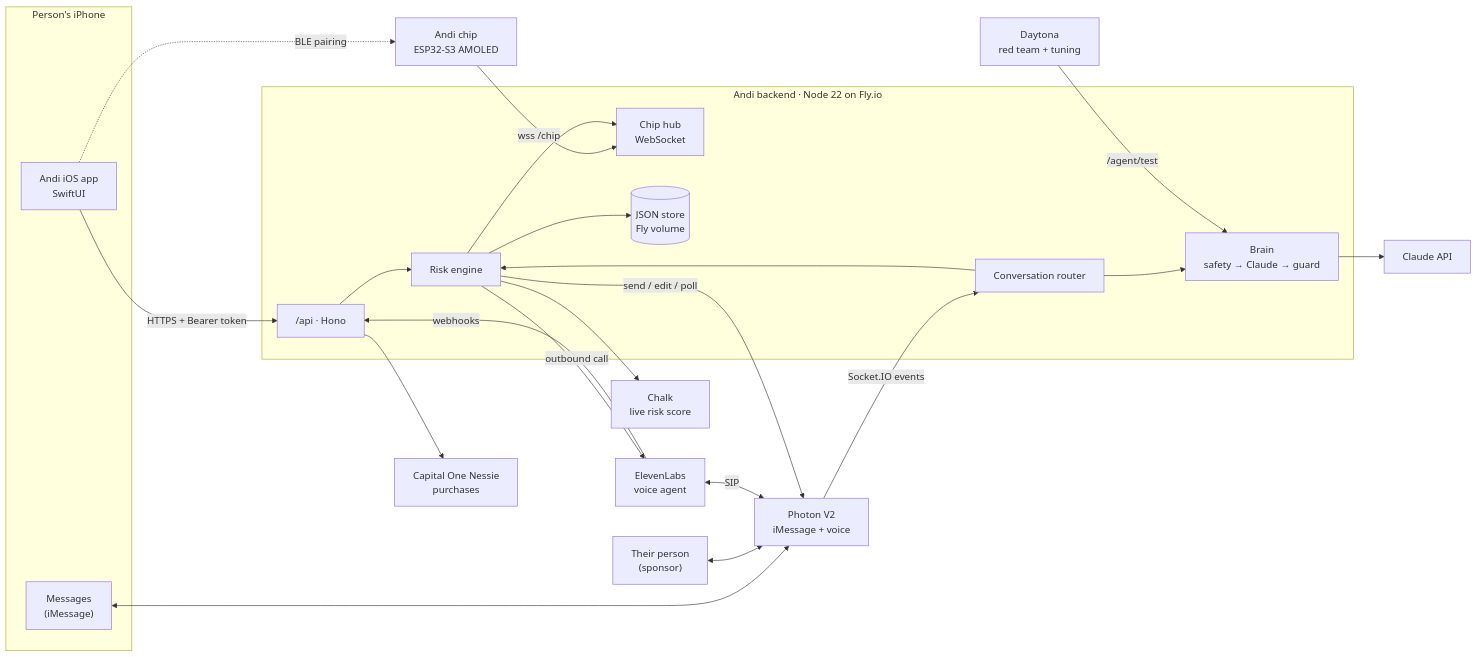
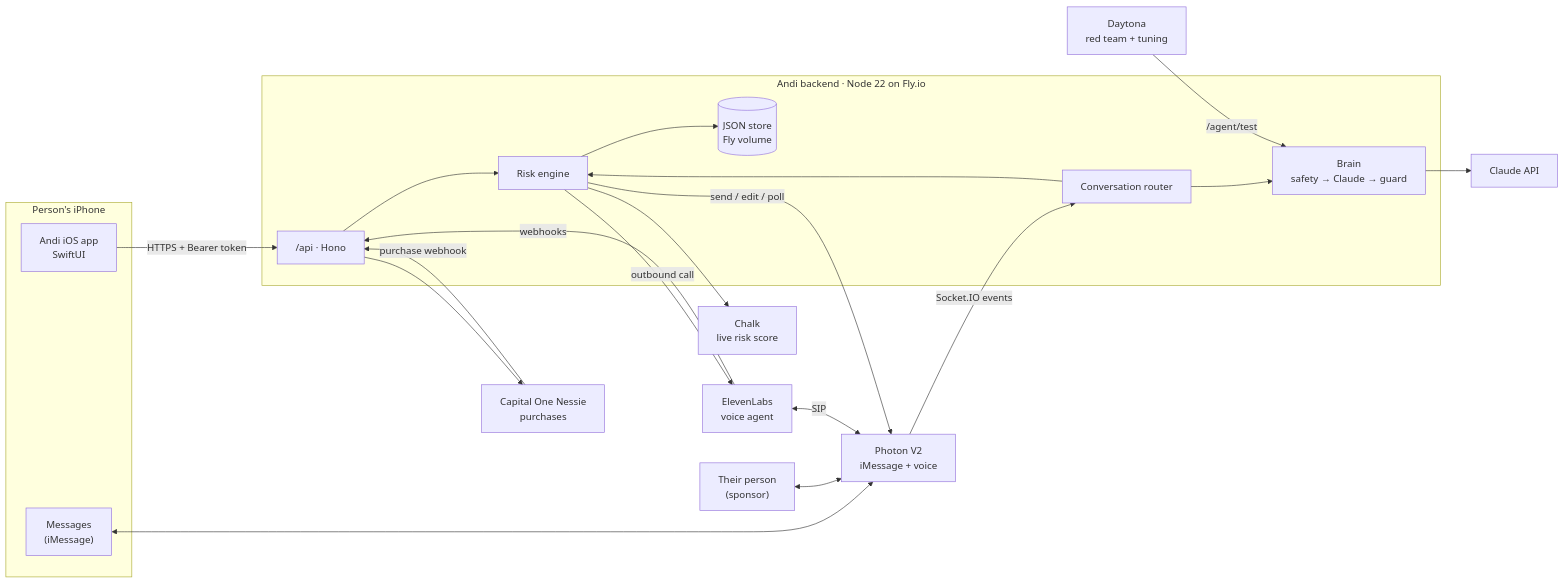
The first of 12 diagrams in docs/ARCHITECTURE.md (kushmirchandani/andi), drawn with Mermaid before and after one commit. The commit also changed other lines of this file and 113 other files, not shown here.

````diff
--- a/docs/ARCHITECTURE.md
+++ b/docs/ARCHITECTURE.md
@@ -9,44 +11,40 @@
 ```mermaid
 flowchart LR
   subgraph Phone["Person's iPhone"]
     APP["Andi iOS app<br/>SwiftUI"]
     MSG["Messages<br/>(iMessage)"]
   end
-  CHIP["Andi chip<br/>ESP32-S3 AMOLED"]
   SPONSOR["Their person<br/>(sponsor)"]
 
   subgraph Backend["Andi backend · Node 22 on Fly.io"]
     API["/api · Hono"]
     CONV["Conversation router"]
     BRAIN["Brain<br/>safety → Claude → guard"]
     ENGINE["Risk engine"]
-    HUB["Chip hub<br/>WebSocket"]
     STORE[("JSON store<br/>Fly volume")]
   end
 
   PHOTON["Photon V2<br/>iMessage + voice"]
   CHALK["Chalk<br/>live risk score"]
   NESSIE["Capital One Nessie<br/>purchases"]
   ELEVEN["ElevenLabs<br/>voice agent"]
   CLAUDE["Claude API"]
   DAYTONA["Daytona<br/>red team + tuning"]
 
   APP -- "HTTPS + Bearer token" --> API
-  APP -. "BLE pairing" .-> CHIP
-  CHIP -- "wss /chip" --> HUB
   MSG <--> PHOTON
   SPONSOR <--> PHOTON
   PHOTON -- "Socket.IO events" --> CONV
   CONV --> BRAIN --> CLAUDE
   CONV --> ENGINE
   API --> ENGINE
   ENGINE --> CHALK
-  ENGINE --> HUB
   ENGINE -- "send / edit / poll" --> PHOTON
   API --> NESSIE
+  NESSIE -- "purchase webhook" --> API
   ENGINE --> STORE
   ELEVEN <-- "SIP" --> PHOTON
   ENGINE -- "outbound call" --> ELEVEN
   ELEVEN -- "webhooks" --> API
   DAYTONA -- "/agent/test" --> BRAIN
 ```
````
